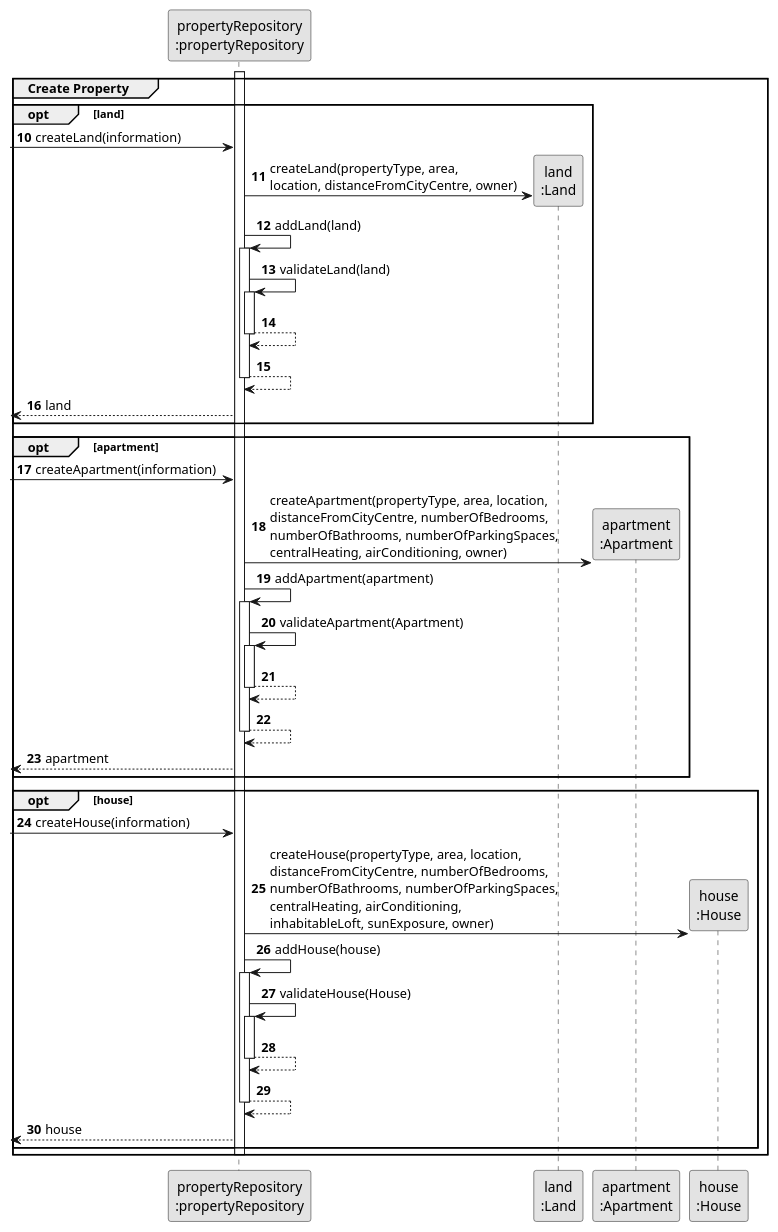
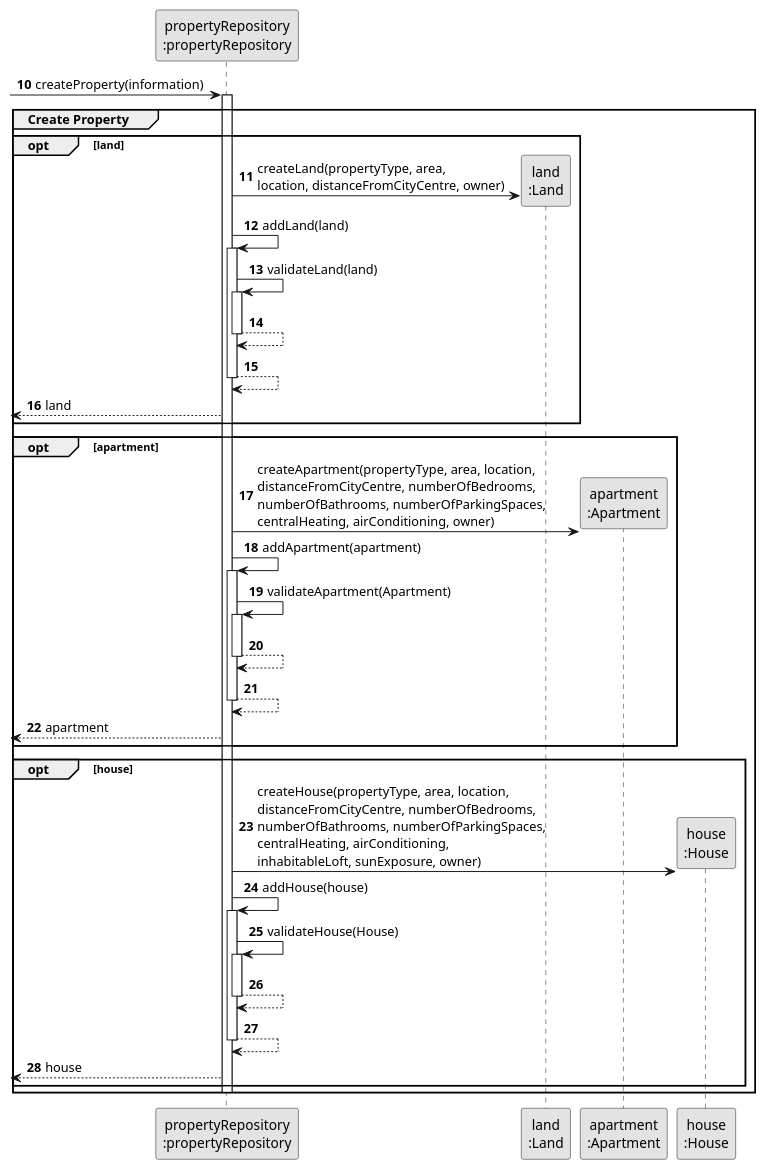
Before and after one commit to Rodrick0209/ISEP-LAPR2-22-23: the diagram in docs/Sprint-C/US012/03.design/puml/us012-sequence-diagram-partial-create-property.puml, drawn with PlantUML. The commit also changed 11 other files, not shown here.

```diff
--- a/docs/Sprint-C/US012/03.design/puml/us012-sequence-diagram-partial-create-property.puml
+++ b/docs/Sprint-C/US012/03.design/puml/us012-sequence-diagram-partial-create-property.puml
@@ -1,66 +1,63 @@
 @startuml
 skinparam monochrome true
 skinparam packageStyle rectangle
 skinparam shadowing false
 
 participant "propertyRepository\n:propertyRepository" as PropertyRepository
 participant "land\n:Land" as Land
 participant "apartment\n:Apartment" as Apartment
 participant "house\n:House" as House
 
 autonumber 10
+-> PropertyRepository : createProperty(information)
 group Create Property
 activate PropertyRepository
 opt land
--> PropertyRepository : createLand(information)
-
    PropertyRepository -> Land**: createLand(propertyType, area, \nlocation, distanceFromCityCentre, owner)
                PropertyRepository -> PropertyRepository: addLand(land)
                deactivate Land
            activate PropertyRepository
                PropertyRepository -> PropertyRepository: validateLand(land)
                activate PropertyRepository
                    PropertyRepository --> PropertyRepository
                deactivate PropertyRepository
 
                PropertyRepository --> PropertyRepository
            deactivate PropertyRepository
 
     <-- PropertyRepository : land
     end
     opt apartment
-    -> PropertyRepository : createApartment(information)
     PropertyRepository -> Apartment**: createApartment(propertyType, area, location, \ndistanceFromCityCentre, numberOfBedrooms, \nnumberOfBathrooms, numberOfParkingSpaces, \ncentralHeating, airConditioning, owner)
                    PropertyRepository -> PropertyRepository: addApartment(apartment)
                    deactivate Apartment
                activate PropertyRepository
                    PropertyRepository -> PropertyRepository: validateApartment(Apartment)
                    activate PropertyRepository
                        PropertyRepository --> PropertyRepository
                    deactivate PropertyRepository
 
                    PropertyRepository --> PropertyRepository
                deactivate PropertyRepository
 
         <-- PropertyRepository : apartment
     end
 
     opt house
-    -> PropertyRepository : createHouse(information)
         PropertyRepository -> House**: createHouse(propertyType, area, location, \ndistanceFromCityCentre, numberOfBedrooms, \nnumberOfBathrooms, numberOfParkingSpaces, \ncentralHeating, airConditioning, \ninhabitableLoft, sunExposure, owner)
                        PropertyRepository -> PropertyRepository: addHouse(house)
                        deactivate House
                    activate PropertyRepository
                        PropertyRepository -> PropertyRepository: validateHouse(House)
                        activate PropertyRepository
                            PropertyRepository --> PropertyRepository
                        deactivate PropertyRepository
 
                        PropertyRepository --> PropertyRepository
                    deactivate PropertyRepository
 
             <-- PropertyRepository : house
     end
     deactivate PropertyRepository
 end
 @enduml
```
